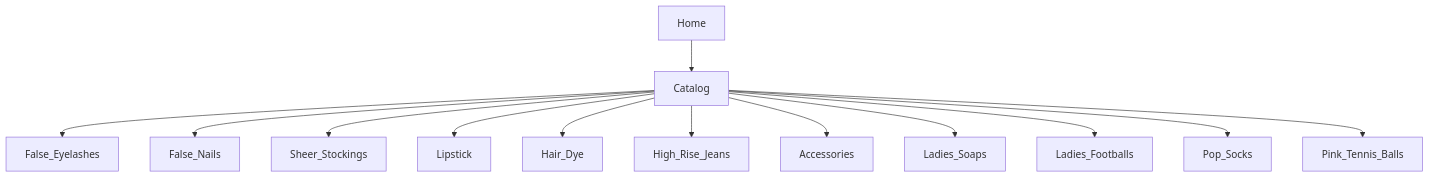
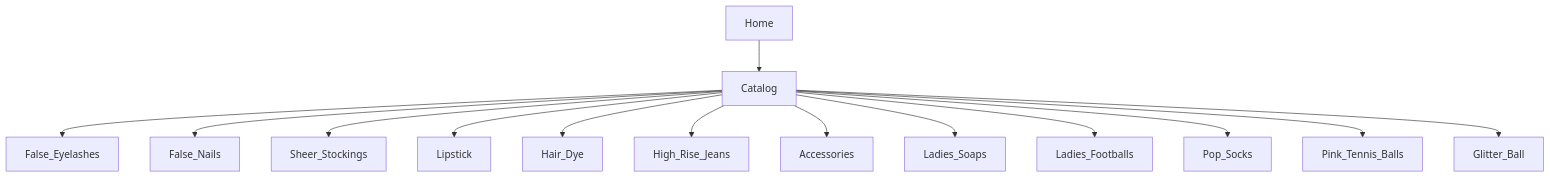
The diagram in specs/product-spec.md (misterfitzy/false-eyelash-store), drawn with Mermaid before and after one commit. The commit also changed other lines of this file, not shown here.

Commit message:
Add Glitter Ball as a top-level, filterable product category with features, filtering, data model, accessibility, and next steps.

````diff
--- a/specs/product-spec.md
+++ b/specs/product-spec.md
@@ -11,15 +11,16 @@
 ```mermaid
 graph TD;
   Home --> Catalog;
   Catalog --> False_Eyelashes;
   Catalog --> False_Nails;
   Catalog --> Sheer_Stockings;
   Catalog --> Lipstick;
   Catalog --> Hair_Dye;
   Catalog --> High_Rise_Jeans;
   Catalog --> Accessories;
   Catalog --> Ladies_Soaps;
   Catalog --> Ladies_Footballs;
   Catalog --> Pop_Socks;
   Catalog --> Pink_Tennis_Balls;
+  Catalog --> Glitter_Ball;
 ```
````
